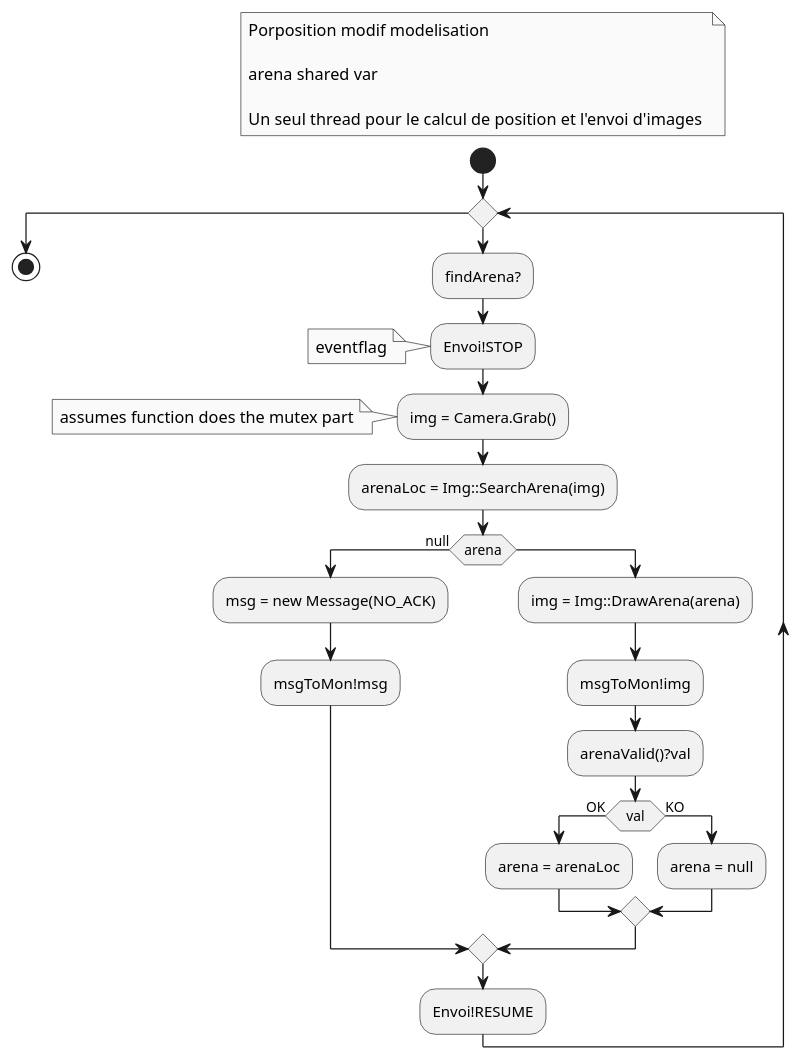
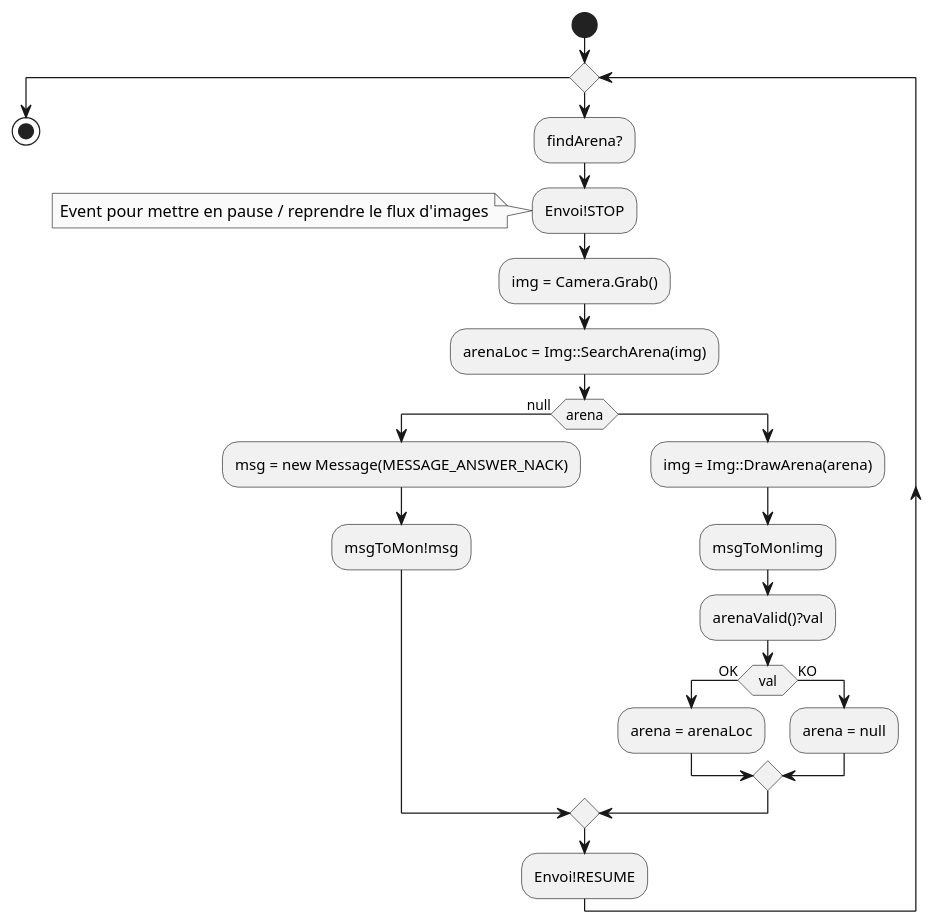
Before and after one commit to Bobillot/BE_Temps_Reel: the diagram in diags/th_calibration.puml, drawn with PlantUML. The commit also changed 9 other files, not shown here.

```diff
--- a/diags/th_calibration.puml
+++ b/diags/th_calibration.puml
@@ -1,47 +1,37 @@
 @startuml th_calibration
 
 skinparam monochrome true
-
-floating note left  
-    Porposition modif modelisation
-
-    arena shared var 
-
-    Un seul thread pour le calcul de position et l'envoi d'images 
-end note
 
 start
 
 while ( )
     :findArena?;
 
     :Envoi!STOP;
-    note : eventflag 
+    note : Event pour mettre en pause / reprendre le flux d'images
 
     :img = Camera.Grab();
-    note : assumes function does the mutex part
 
     :arenaLoc = Img::SearchArena(img);
 
     if (arena) then (null)
-        :msg = new Message(NO_ACK);
+        :msg = new Message(MESSAGE_ANSWER_NACK);
         :msgToMon!msg;
     else
         :img = Img::DrawArena(arena);
         :msgToMon!img;
         :arenaValid()?val;
         if(val) then (OK)
             :arena = arenaLoc;
         else (KO)
             :arena = null;
         endif
     endif
 
     :Envoi!RESUME;
-
-
+    
 endwhile
 
 stop
 
 @enduml
```
